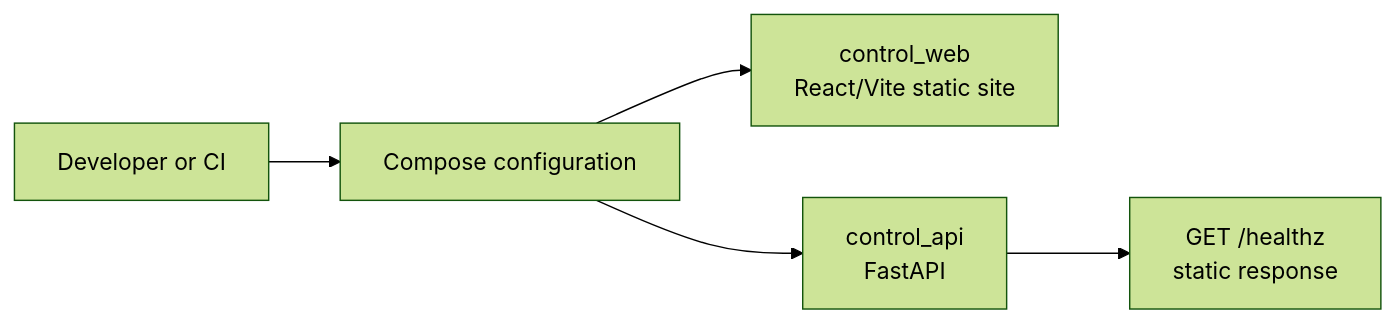
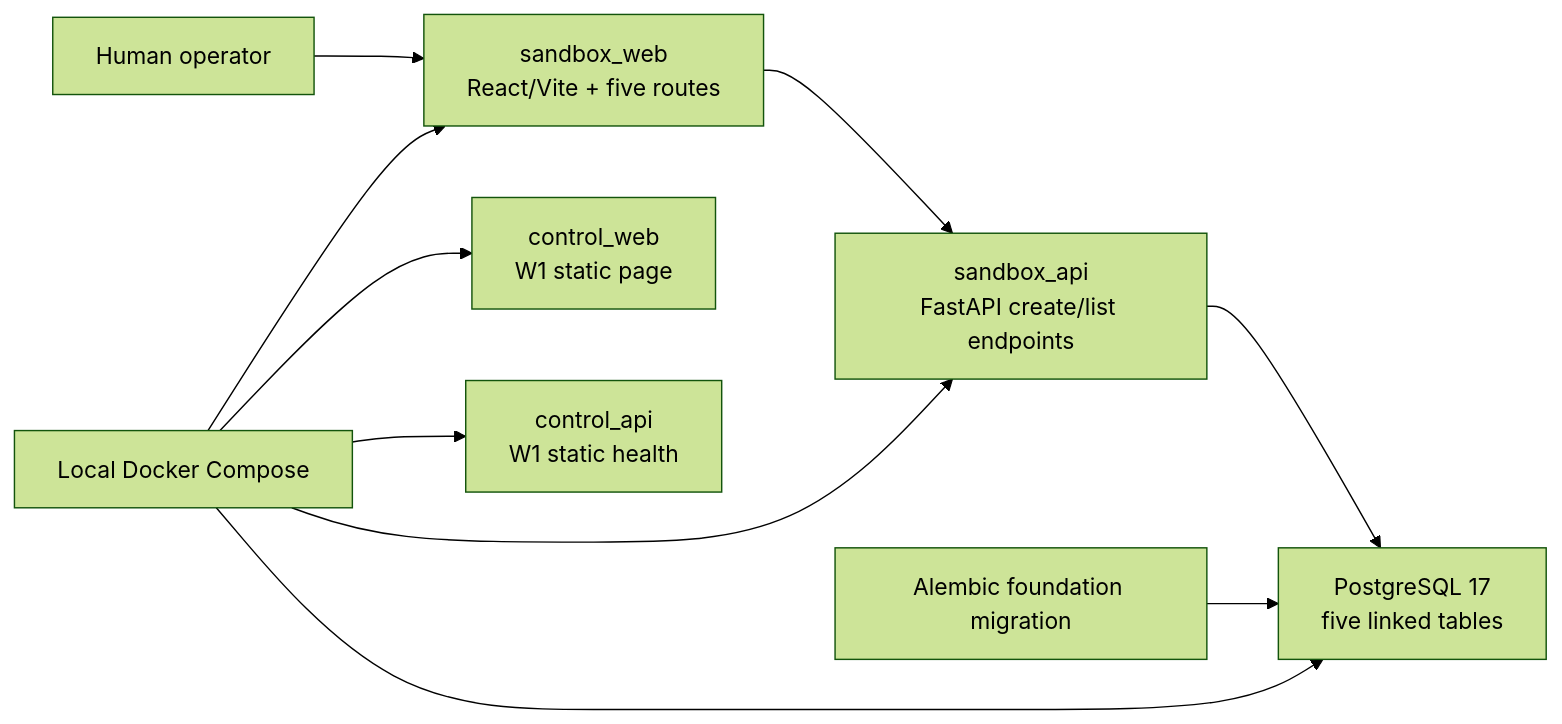
One commit to taka-wzx/flowpilot-arena changed the first of 2 diagrams in docs/architecture.md. Above: the diagram before and after it, drawn with Mermaid (forest theme). The commit also changed other lines of this file and 52 other files, not shown here.

Commit message:
feat: establish W2 sandbox foundation

````diff
--- a/docs/architecture.md
+++ b/docs/architecture.md
@@ -9,7 +9,13 @@
 ```mermaid
 flowchart LR
-    Dev["Developer or CI"] --> Compose["Compose configuration"]
-    Compose --> Web["control_web\nReact/Vite static site"]
-    Compose --> API["control_api\nFastAPI"]
-    API --> Health["GET /healthz\nstatic response"]
+    Operator["Human operator"] --> SW["sandbox_web\nReact/Vite + five routes"]
+    SW --> SA["sandbox_api\nFastAPI create/list endpoints"]
+    SA --> PG["PostgreSQL 17\nfive linked tables"]
+    Migration["Alembic foundation migration"] --> PG
+
+    Compose["Local Docker Compose"] --> SW
+    Compose --> SA
+    Compose --> PG
+    Compose --> CW["control_web\nW1 static page"]
+    Compose --> CA["control_api\nW1 static health"]
 ```
````
